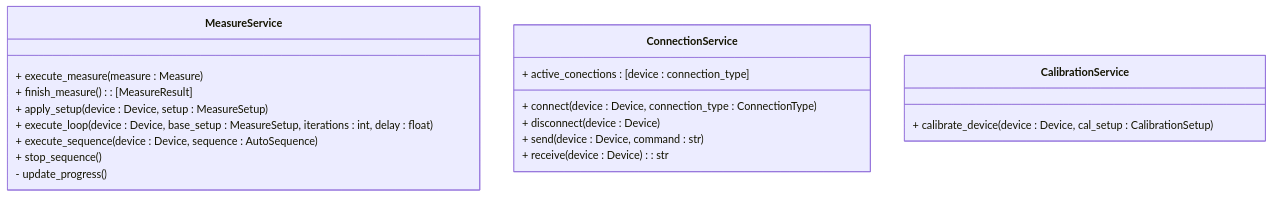
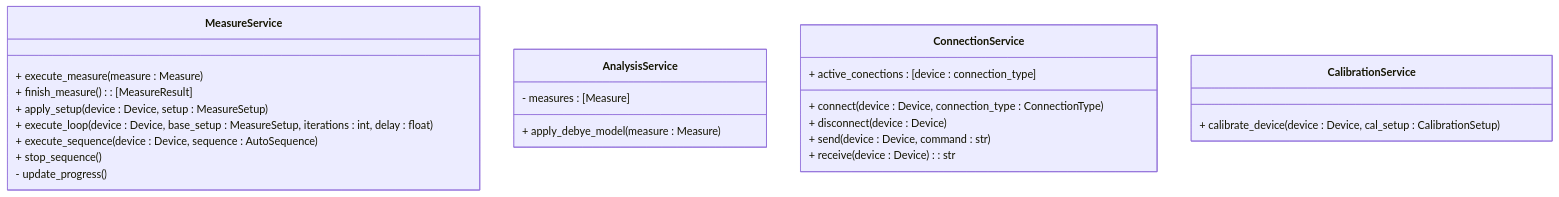
The eighth of 16 diagrams in Gmini-MarkDown/Diagramas/Diagramas de Clases.md (alegrelias/Repo-GMini), drawn with Mermaid before and after one commit. The commit also changed other lines of this file, not shown here.

````diff
--- a/Gmini-MarkDown/Diagramas/Diagramas de Clases.md
+++ b/Gmini-MarkDown/Diagramas/Diagramas de Clases.md
@@ -772,25 +779,30 @@
 ```mermaid
 classDiagram
-%% mediciones y conexion
+%% mediciones, analisis y conexion
 class MeasureService{
 	+ execute_measure(measure : Measure)
 	+ finish_measure() : [MeasureResult]
 	+ apply_setup(device : Device, setup : MeasureSetup)
 	+ execute_loop(device : Device, base_setup : MeasureSetup, iterations : int, delay : float)
 	+ execute_sequence(device : Device, sequence : AutoSequence)
 	+ stop_sequence()
 	- update_progress()
+}
+
+class AnalysisService{
+	- measures : [Measure]
+	+ apply_debye_model(measure : Measure)
 }
 
 class ConnectionService{
 	+ active_conections : [device : connection_type]
 	+ connect(device : Device, connection_type : ConnectionType)
 	+ disconnect(device : Device)
 	+ send(device : Device, command : str)
 	+ receive(device : Device) : str
 }
 
 class CalibrationService{
 	+ calibrate_device(device : Device, cal_setup : CalibrationSetup)
 }
 ```
````
